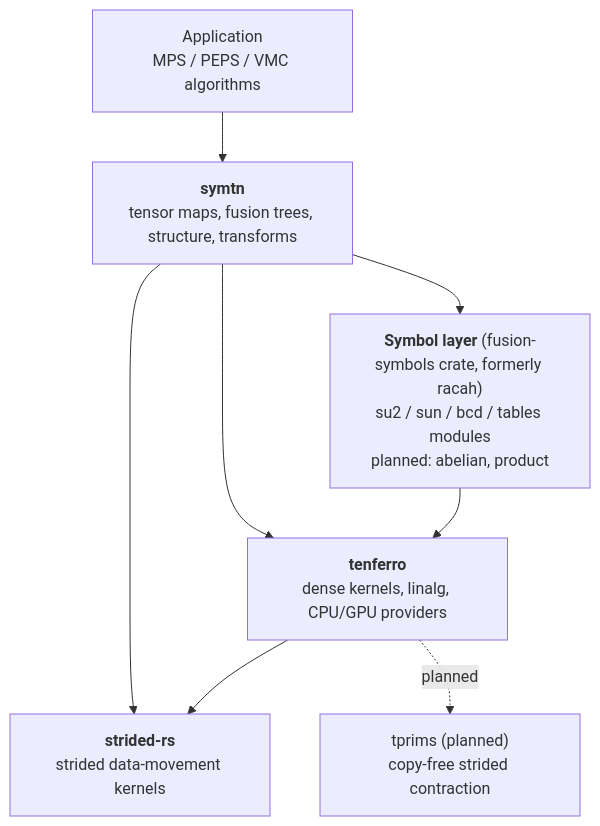
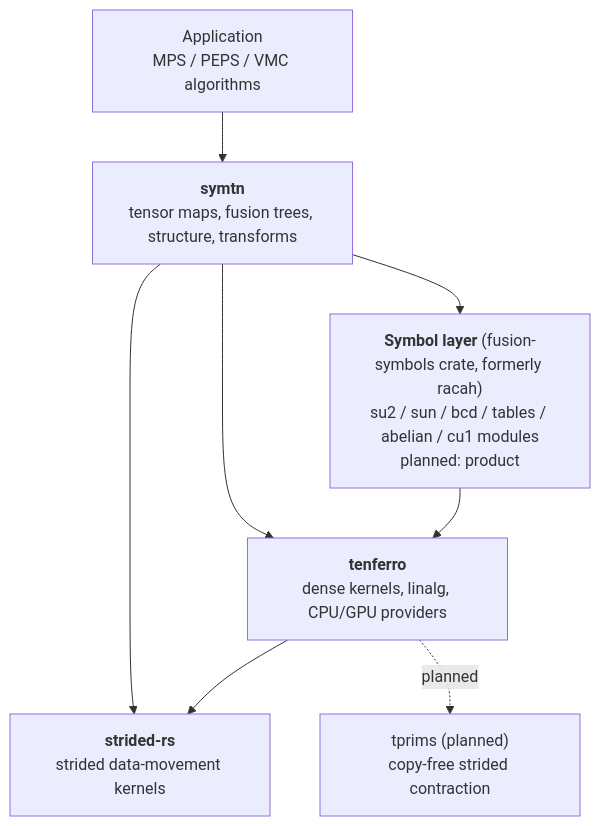
One commit to Ryo-wtnb11/TeNeT changed the first of 2 diagrams in docs/layering.md. Above: the diagram before and after it, drawn with Mermaid. The commit also changed other lines of this file and 9 other files, not shown here.

````diff
--- a/docs/layering.md
+++ b/docs/layering.md
@@ -22,16 +22,16 @@
 ```mermaid
 flowchart TB
     APP["Application<br/>MPS / PEPS / VMC algorithms"]
     SYMTN["<b>symtn</b><br/>tensor maps, fusion trees, structure, transforms"]
-    SYM["<b>Symbol layer</b> (fusion-symbols crate, formerly racah)<br/>su2 / sun / bcd / tables modules<br/>planned: abelian, product"]
+    SYM["<b>Symbol layer</b> (fusion-symbols crate, formerly racah)<br/>su2 / sun / bcd / tables / abelian / cu1 modules<br/>planned: product"]
     DENSE["<b>tenferro</b><br/>dense kernels, linalg, CPU/GPU providers"]
     STR["<b>strided-rs</b><br/>strided data-movement kernels"]
     PRIMS["tprims (planned)<br/>copy-free strided contraction"]
     APP --> SYMTN
     SYMTN --> SYM
     SYMTN --> DENSE
     SYMTN --> STR
     DENSE --> STR
     DENSE -.planned.-> PRIMS
     SYM --> DENSE
 ```
````
